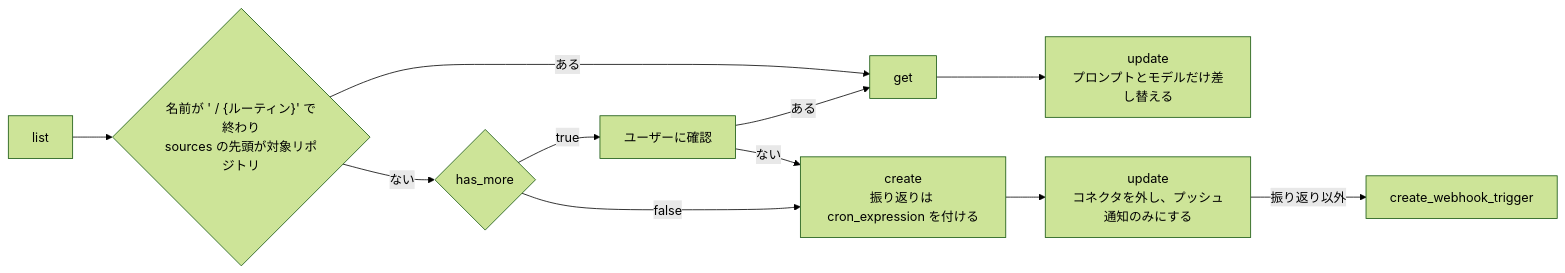
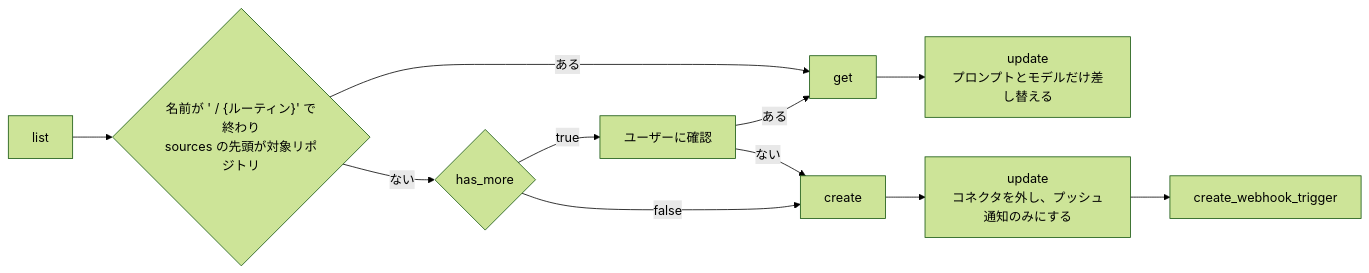
The first of 2 diagrams in plugins/dev/skills/setup/SKILL.md (theindiehacker/fastship-plugin), drawn with Mermaid (forest theme) before and after one commit. The commit also changed other lines of this file and 9 other files, not shown here.

````diff
--- a/plugins/dev/skills/setup/SKILL.md
+++ b/plugins/dev/skills/setup/SKILL.md
@@ -120,10 +119,10 @@
 ```mermaid
 flowchart LR
     list["list"] --> exists{"名前が ' / {ルーティン}' で終わり<br/>sources の先頭が対象リポジトリ"}
     exists -->|ある| get["get"] --> update["update<br/>プロンプトとモデルだけ差し替える"]
     exists -->|ない| more{"has_more"}
     more -->|true| ask["ユーザーに確認"]
     ask -->|ある| get
     ask -->|ない| create
-    more -->|false| create["create<br/>振り返りは cron_expression を付ける"] --> clear["update<br/>コネクタを外し、プッシュ通知のみにする"] -->|振り返り以外| trigger["create_webhook_trigger"]
+    more -->|false| create["create"] --> clear["update<br/>コネクタを外し、プッシュ通知のみにする"] --> trigger["create_webhook_trigger"]
 ```
````
